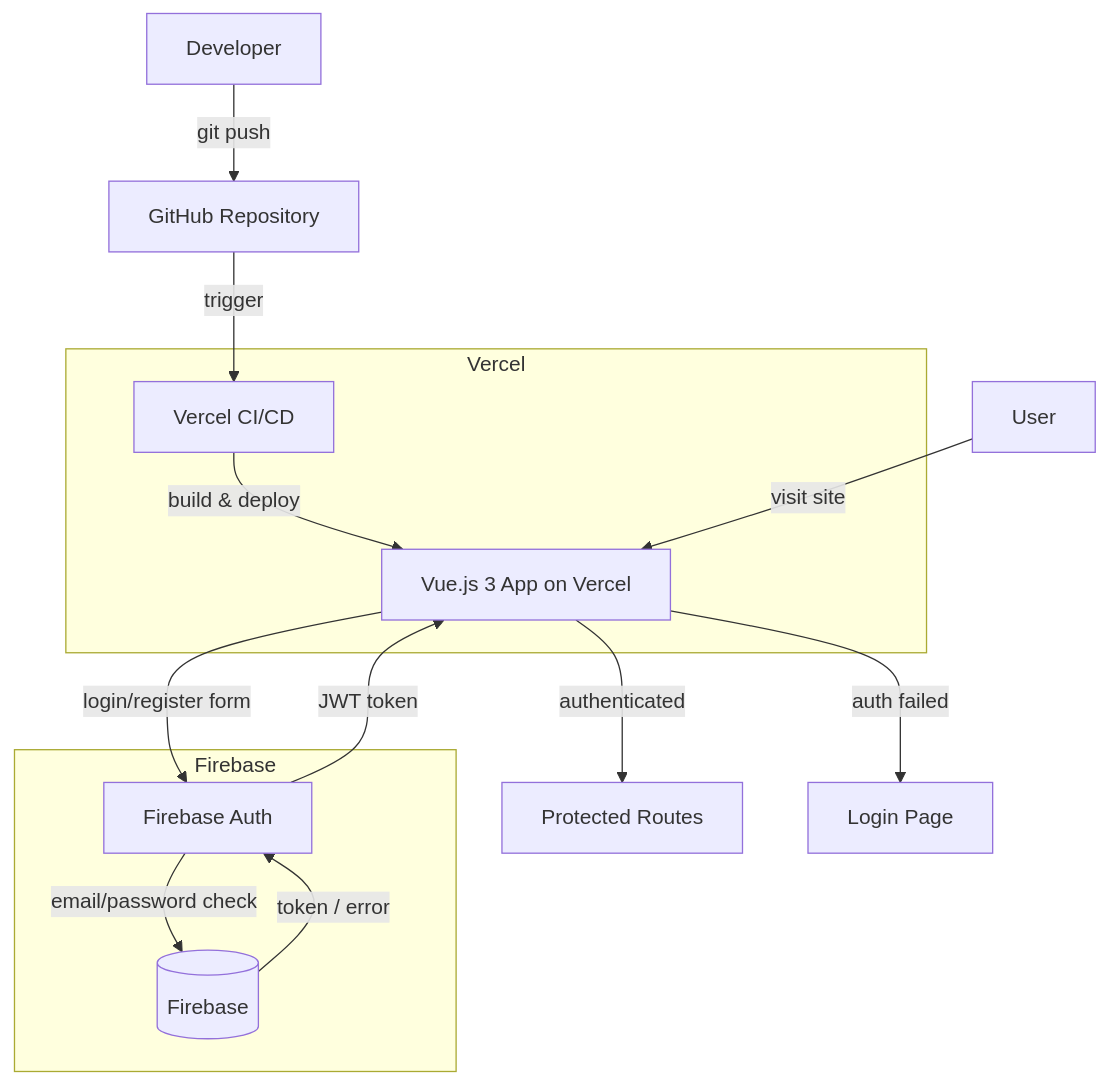
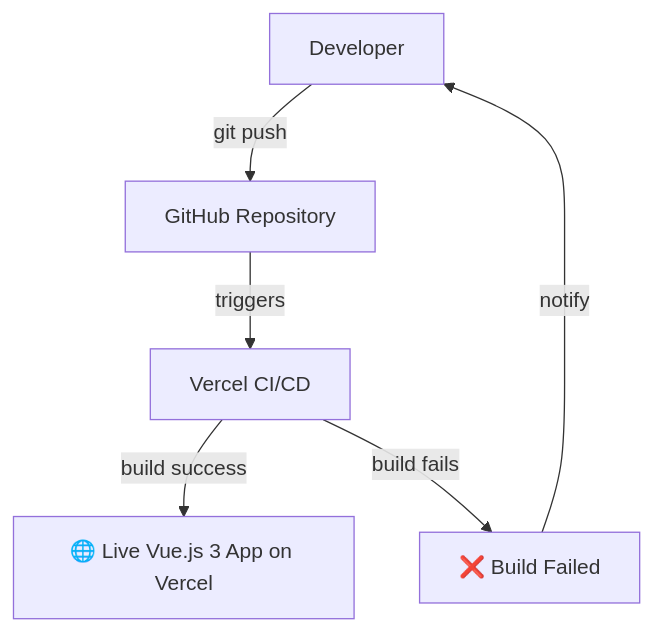
Before and after one commit to DejanVjestica/vuevibe: the first of 2 diagrams in README.md, drawn with Mermaid. The commit also changed other lines of this file, not shown here.

Commit message:
Update diagramms

````diff
--- a/README.md
+++ b/README.md
@@ -56,24 +50,9 @@
 ```mermaid
 flowchart TD
     Dev[Developer] -->|git push| GH[GitHub Repository]
-    GH -->|trigger| VC[Vercel CI/CD]
-    VC -->|build & deploy| App[Vue.js 3 App on Vercel]
+    GH -->|triggers| VC[Vercel CI/CD]
+    VC -->|build success| APP[🌐 Live Vue.js 3 App on Vercel]
+    VC -->|build fails| FAIL[❌ Build Failed]
+    FAIL -->|notify| Dev
 
-    User[User] -->|visit site| App
-    App -->|login/register form| FE[Firebase Auth]
-    FE -->|email/password check| FB[(Firebase)]
-    FB -->|token / error| FE
-    FE -->|JWT token| App
-    App -->|authenticated| Dashboard[Protected Routes]
-    App -->|auth failed| Login[Login Page]
-
-    subgraph Vercel
-        VC
-        App
-    end
-
-    subgraph Firebase
-        FE
-        FB
-    end
 ```
````
